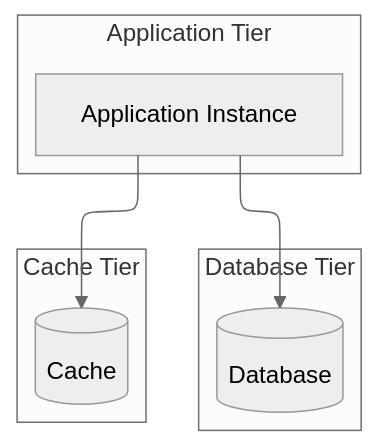
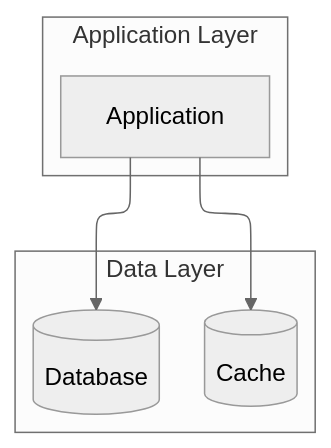
The fourth of 4 diagrams in architecture.md (matthewswogger/family-med-nanny), drawn with Mermaid before and after one commit. The commit also changed other lines of this file and 8 other files, not shown here.

````diff
--- a/architecture.md
+++ b/architecture.md
@@ -130,25 +123,22 @@
 ```mermaid
 ---
 config:
   layout: elk
   elk:
     mergeEdges: false
     nodePlacementStrategy: SIMPLE
   theme: neutral
 ---
 flowchart TB
-    subgraph "Application Tier"
-        App[Application Instance]
+    subgraph "Application Layer"
+        Application
     end
 
-    subgraph "Database Tier"
+    subgraph "Data Layer"
         DB[(Database)]
-    end
-
-    subgraph "Cache Tier"
         Cache[(Cache)]
     end
 
-    App --> DB
-    App --> Cache
+    Application --> DB
+    Application --> Cache
 ```
````
